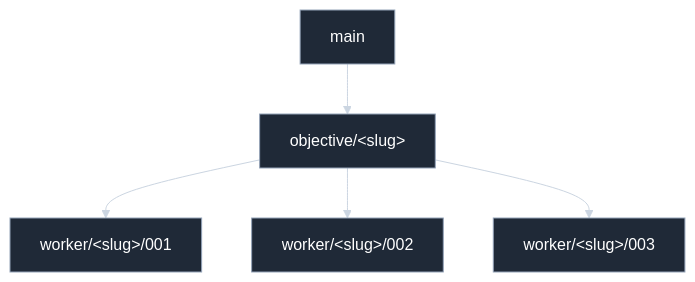
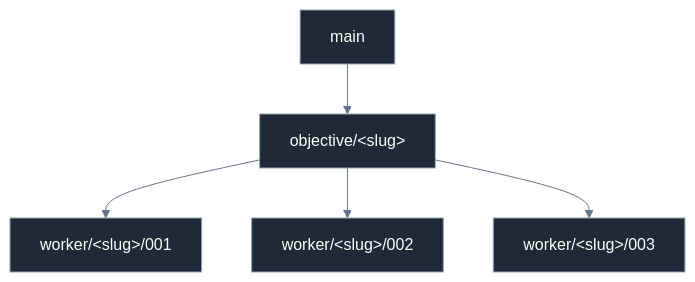
One commit to Tamircohen28/tamirs-superpowers changed the diagram in docs/engineering/architecture/branch-worktree-model.md. Above: the diagram before and after it, drawn with Mermaid. The commit also changed other lines of this file and 177 other files, not shown here.

First line of the commit message:
feat(docs): dark Mermaid theme + two-link footer, one checker (#373)

````diff
--- a/docs/engineering/architecture/branch-worktree-model.md
+++ b/docs/engineering/architecture/branch-worktree-model.md
@@ -13,13 +13,13 @@
 ```mermaid
-%%{init: {"theme":"base","themeVariables":{"background":"#0b0e14","primaryColor":"#1f2937","primaryTextColor":"#ffffff","primaryBorderColor":"#94a3b8","secondaryColor":"#334155","secondaryTextColor":"#ffffff","tertiaryColor":"#111827","tertiaryTextColor":"#ffffff","lineColor":"#cbd5e1","textColor":"#ffffff","edgeLabelBackground":"#1f2937","clusterBkg":"#111827","clusterBorder":"#64748b"}}}%%
+%%{init: {"theme":"base","themeVariables":{"darkMode":true,"background":"#0b0e14","primaryColor":"#1f2937","primaryTextColor":"#ffffff","primaryBorderColor":"#94a3b8","secondaryColor":"#334155","secondaryTextColor":"#ffffff","tertiaryColor":"#111827","tertiaryTextColor":"#ffffff","lineColor":"#64748b","textColor":"#ffffff","edgeLabelBackground":"#1f2937","clusterBkg":"#111827","clusterBorder":"#64748b","actorBkg":"#1f2937","actorBorder":"#94a3b8","actorTextColor":"#ffffff","actorLineColor":"#64748b","signalColor":"#64748b","signalTextColor":"#64748b","labelBoxBkgColor":"#1f2937","labelBoxBorderColor":"#94a3b8","labelTextColor":"#ffffff","loopTextColor":"#ffffff","noteBkgColor":"#334155","noteTextColor":"#ffffff","noteBorderColor":"#94a3b8","activationBkgColor":"#334155","activationBorderColor":"#94a3b8"}}}%%
 flowchart TB
   main["main"]
   obj["objective/#lt;slug#gt;"]
   w1["worker/#lt;slug#gt;/001"]
   w2["worker/#lt;slug#gt;/002"]
   w3["worker/#lt;slug#gt;/003"]
   main --> obj
   obj --> w1
   obj --> w2
   obj --> w3
 ```
````
